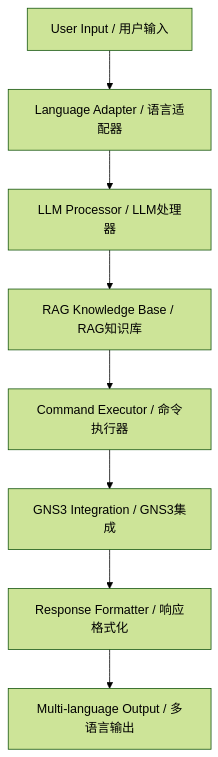
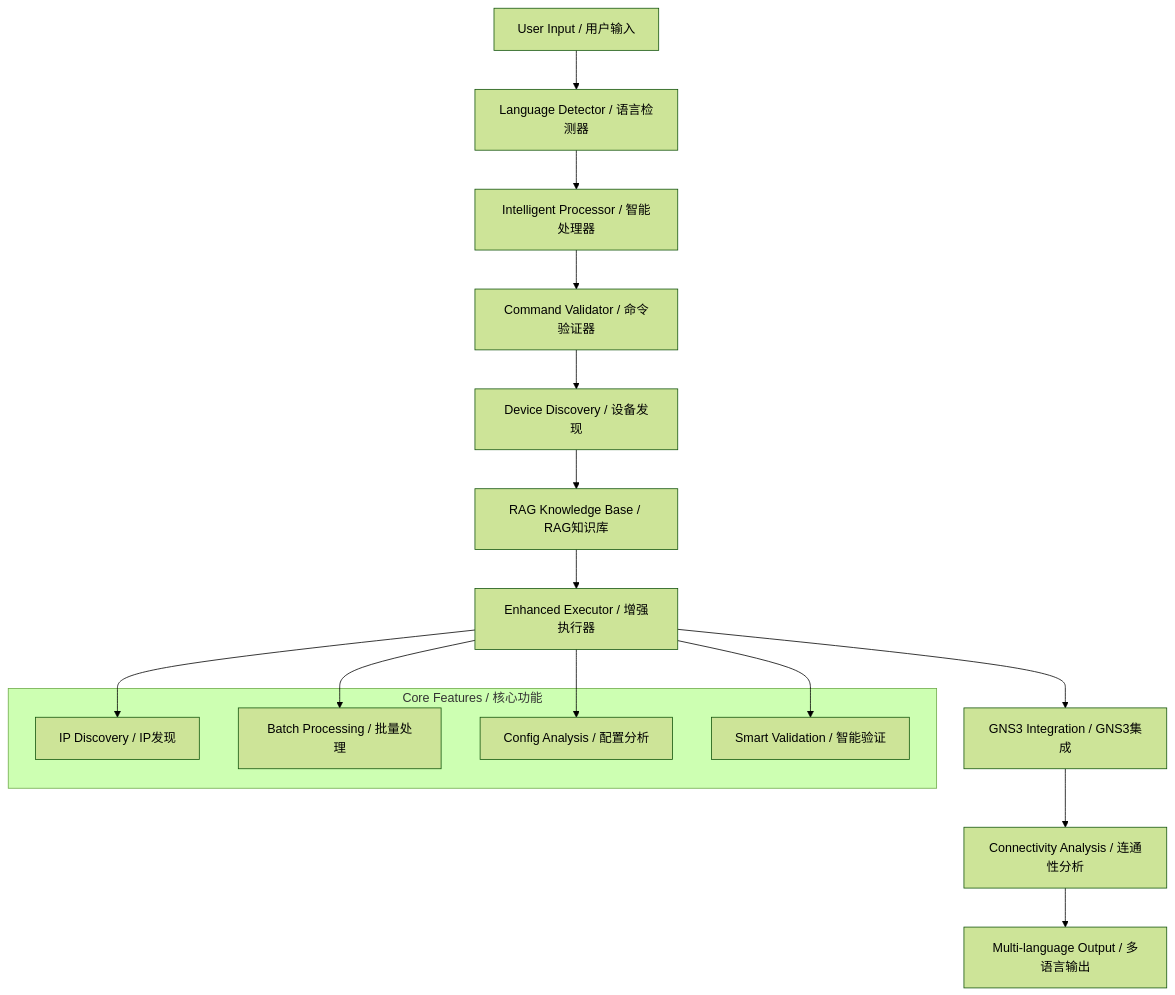
The diagram in README.md (WrongGitUsername/gns3-copilot), drawn with Mermaid (forest theme) before and after one commit. The commit also changed other lines of this file and 22 other files, not shown here.

````diff
--- a/README.md
+++ b/README.md
@@ -88,10 +122,24 @@
 ```mermaid
 graph TD
-    A[User Input / 用户输入] --> B[Language Adapter / 语言适配器]
-    B --> C[LLM Processor / LLM处理器]
-    C --> D[RAG Knowledge Base / RAG知识库]
-    D --> E[Command Executor / 命令执行器]
-    E --> F[GNS3 Integration / GNS3集成]
-    F --> G[Response Formatter / 响应格式化]
-    G --> H[Multi-language Output / 多语言输出]
+    A[User Input / 用户输入] --> B[Language Detector / 语言检测器]
+    B --> C[Intelligent Processor / 智能处理器]
+    C --> D[Command Validator / 命令验证器]
+    D --> E[Device Discovery / 设备发现]
+    E --> F[RAG Knowledge Base / RAG知识库]
+    F --> G[Enhanced Executor / 增强执行器]
+    G --> H[GNS3 Integration / GNS3集成]
+    H --> I[Connectivity Analysis / 连通性分析]
+    I --> J[Multi-language Output / 多语言输出]
+    
+    subgraph "Core Features / 核心功能"
+        K[IP Discovery / IP发现]
+        L[Batch Processing / 批量处理]
+        M[Config Analysis / 配置分析]
+        N[Smart Validation / 智能验证]
+    end
+    
+    G --> K
+    G --> L
+    G --> M
+    G --> N
 ```
````
